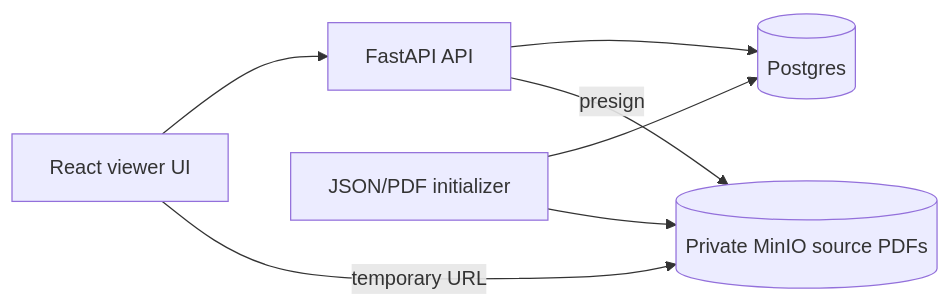
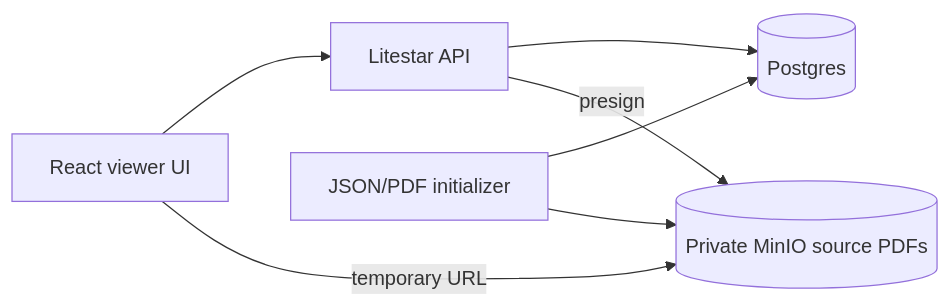
The diagram in README.md (florian-noirbent/asset_viewer), drawn with Mermaid before and after one commit. The commit also changed other lines of this file and 29 other files, not shown here.

````diff
--- a/README.md
+++ b/README.md
@@ -14,9 +15,9 @@
 ```mermaid
 flowchart LR
-    Frontend[React viewer UI] --> API[FastAPI API]
+    Frontend[React viewer UI] --> API[Litestar API]
     API --> Postgres[(Postgres)]
     API -->|presign| MinIO[(Private MinIO source PDFs)]
     Frontend -->|temporary URL| MinIO
     Seed[JSON/PDF initializer] --> Postgres
     Seed --> MinIO
 ```
````
